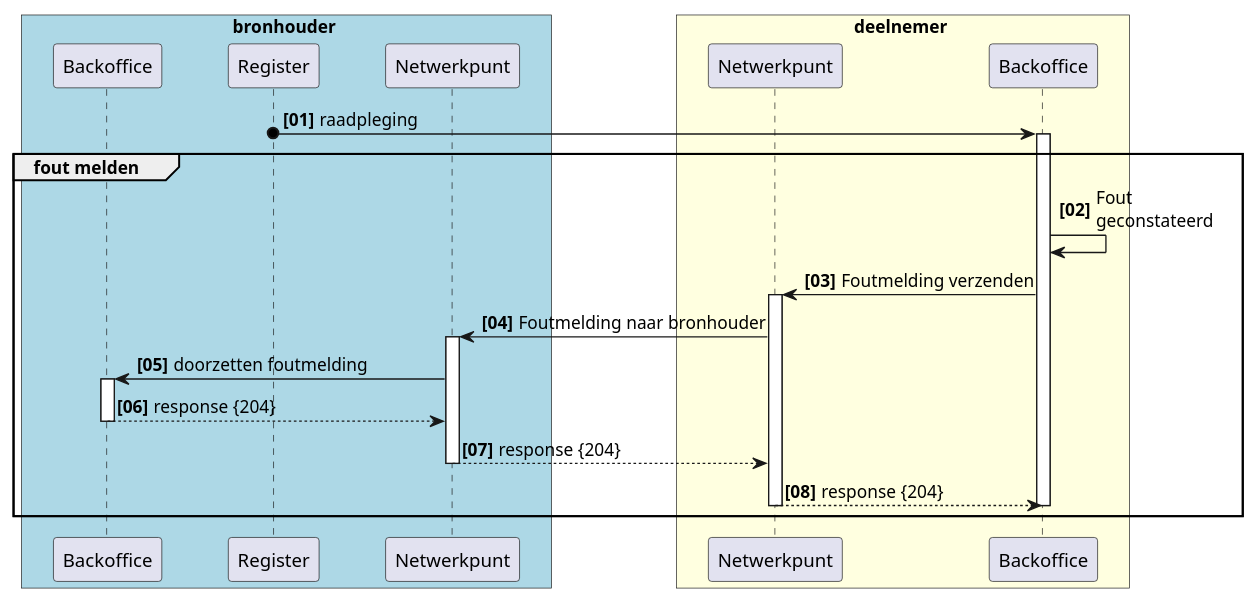
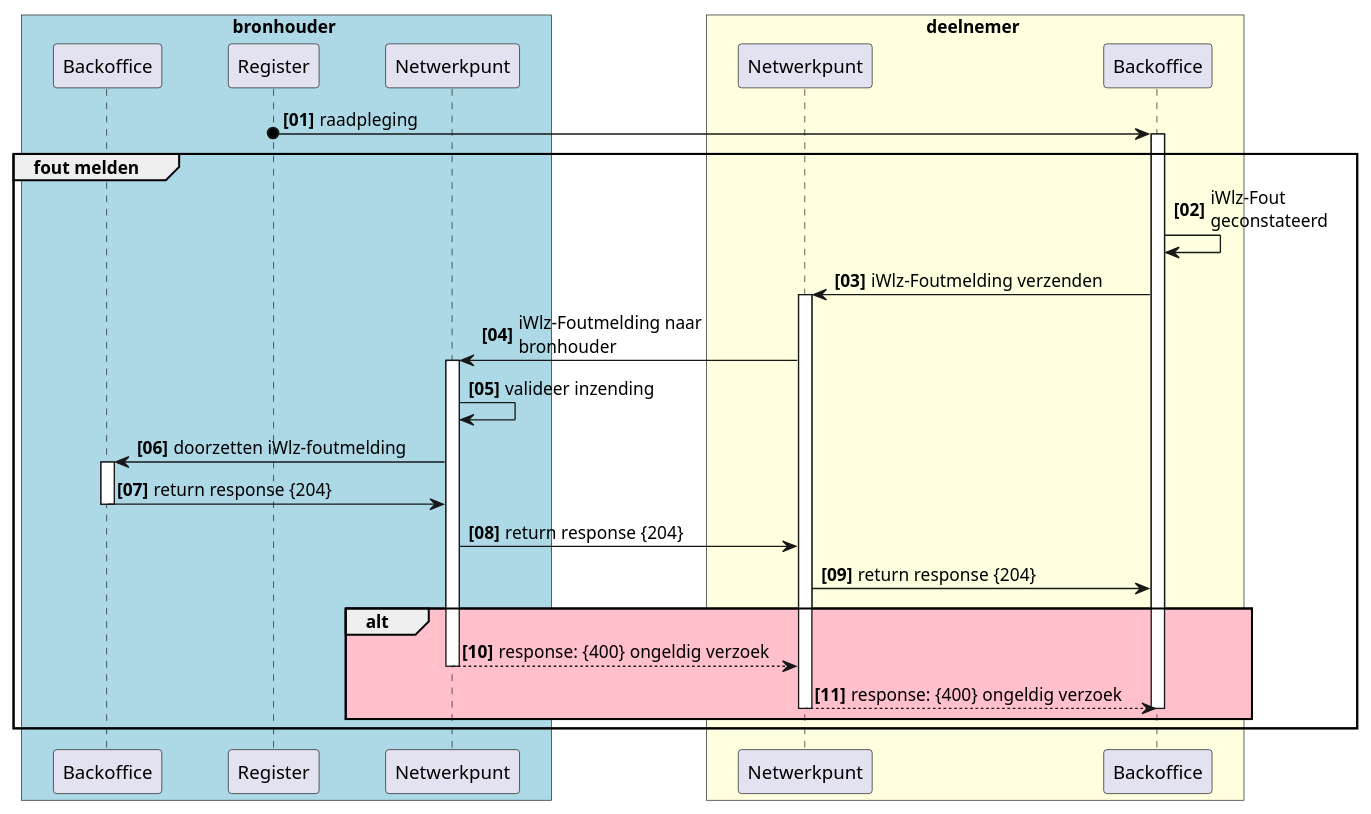
One commit to iStandaarden/iWlz-RequestForComment changed the second of 2 diagrams in RFC/RFC0018 - (Fout-)meldingen.md. Above: the diagram before and after it, drawn with PlantUML. The commit also changed other lines of this file and 5 other files, not shown here.

````diff
--- a/RFC/RFC0018 - (Fout-)meldingen.md
+++ b/RFC/RFC0018 - (Fout-)meldingen.md
@@ -118,36 +128,46 @@
 ```plantuml
 @startuml rfc0018-02-foutmelden
 skinparam handwritten false
 skinparam participantpadding 20
 skinparam boxpadding 40
 autonumber "<b>[00]"
 box bronhouder #lightblue
 participant "Backoffice" as bs
 participant "Register" as rg
 participant "Netwerkpunt" as bnp 
 end box
 
 box deelnemer #lightyellow
 participant "Netwerkpunt" as dnp
 participant "Backoffice" as dbs
 end box
 
 rg o-> dbs: raadpleging
     activate dbs
 
 group fout melden
-    dbs -> dbs: Fout \ngeconstateerd
-    dbs -> dnp: Foutmelding verzenden
+    dbs -> dbs: iWlz-Fout \ngeconstateerd
+    dbs -> dnp: iWlz-Foutmelding verzenden
     activate dnp
-    dnp -> bnp: Foutmelding naar bronhouder
+    dnp -> bnp: iWlz-Foutmelding naar \nbronhouder
     activate bnp
-    bnp -> bs: doorzetten foutmelding
+    bnp -> bnp: valideer inzending
+    bnp -> bs: doorzetten iWlz-foutmelding
     activate bs
-    return response {204}
-    return response {204}
-    return response {204}
-    deactivate dbs
+    bs -> bnp: return response {204}
+    deactivate bs
+    bnp -> dnp: return response {204}
+    dnp -> dbs: return response {204}
+
+    alt #Pink
+      bnp --> dnp: response: {400} ongeldig verzoek
+      deactivate bnp
+      dnp --> dbs: response: {400} ongeldig verzoek
+      deactivate dnp
+      deactivate dbs
+    end alt
+
 end
 
 @enduml
 ```
````
